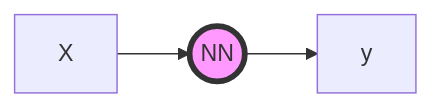
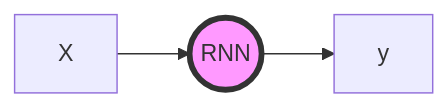
Before and after one commit to farriolsartur/Neural-Network-Notes: the seventh of 8 diagrams in fundamentals/architecture/sequence_models/RNN.md, drawn with Mermaid. The commit also changed other lines of this file and 14 other files, not shown here.

````diff
--- a/fundamentals/architecture/sequence_models/RNN.md
+++ b/fundamentals/architecture/sequence_models/RNN.md
@@ -266,7 +273,7 @@
 ```mermaid
 graph LR
-    X[X] --> NN((NN))
+    X[X] --> NN((RNN))
     NN --> Y[y]
     
     style NN fill:#f9f,stroke:#333,stroke-width:4px
 ```
````
